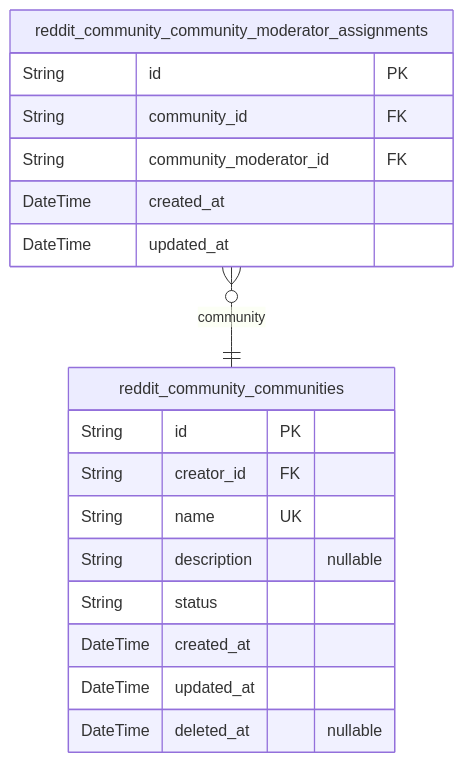
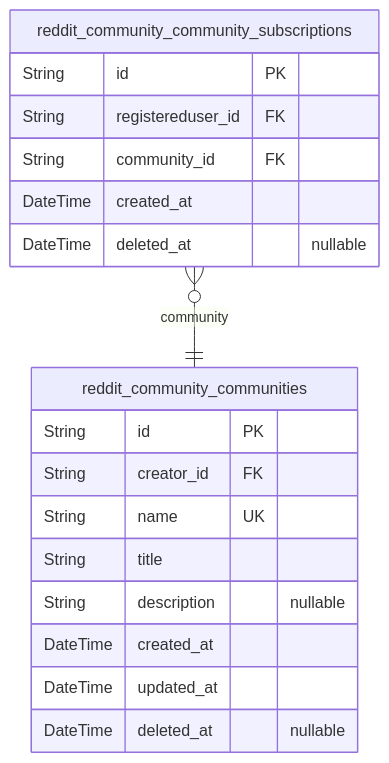
Before and after one commit to wrtnlabs/autobe-examples: the third of 5 diagrams in openai/gpt-4.1-mini/reddit/docs/ERD.md, drawn with Mermaid. The commit also changed other lines of this file and 1746 other files, not shown here.

````diff
--- a/openai/gpt-4.1-mini/reddit/docs/ERD.md
+++ b/openai/gpt-4.1-mini/reddit/docs/ERD.md
@@ -251,21 +278,21 @@
 ```mermaid
 erDiagram
 "reddit_community_communities" {
   String id PK
   String creator_id FK
   String name UK
+  String title
   String description "nullable"
-  String status
   DateTime created_at
   DateTime updated_at
   DateTime deleted_at "nullable"
 }
-"reddit_community_community_moderator_assignments" {
+"reddit_community_community_subscriptions" {
   String id PK
+  String registereduser_id FK
   String community_id FK
-  String community_moderator_id FK
   DateTime created_at
-  DateTime updated_at
+  DateTime deleted_at "nullable"
 }
-"reddit_community_community_moderator_assignments" }o--|| "reddit_community_communities" : community
+"reddit_community_community_subscriptions" }o--|| "reddit_community_communities" : community
 ```
````
